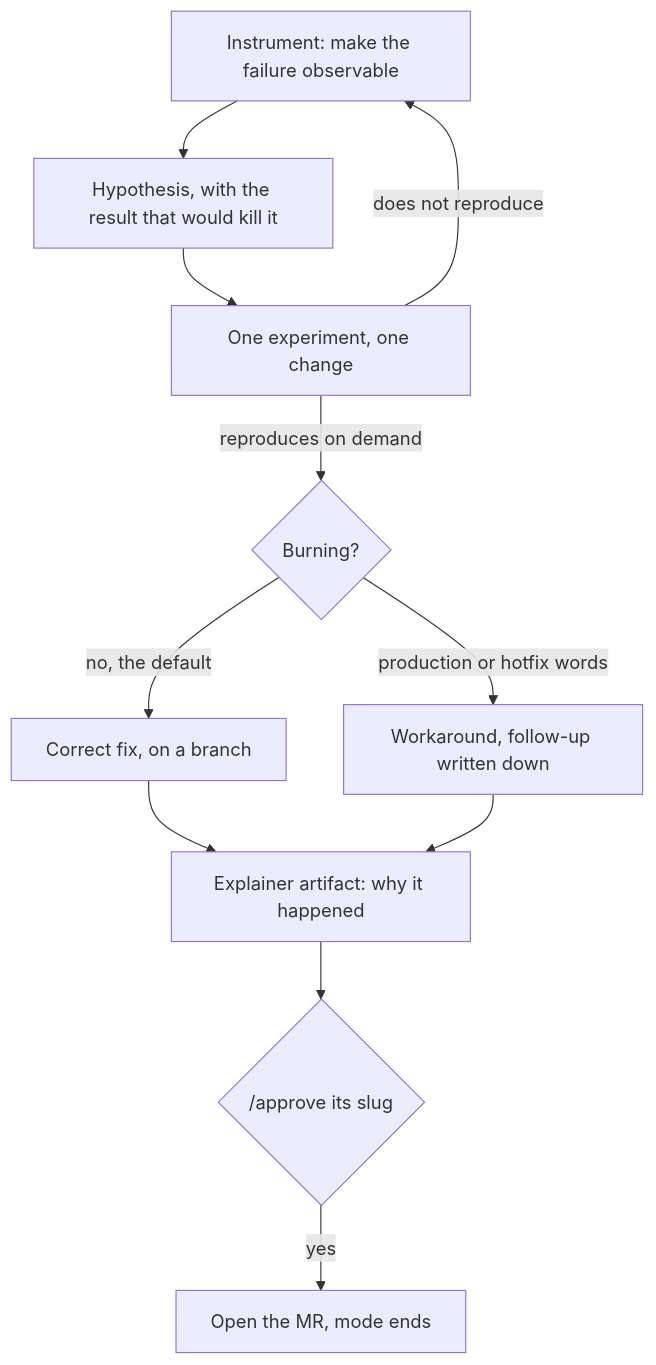
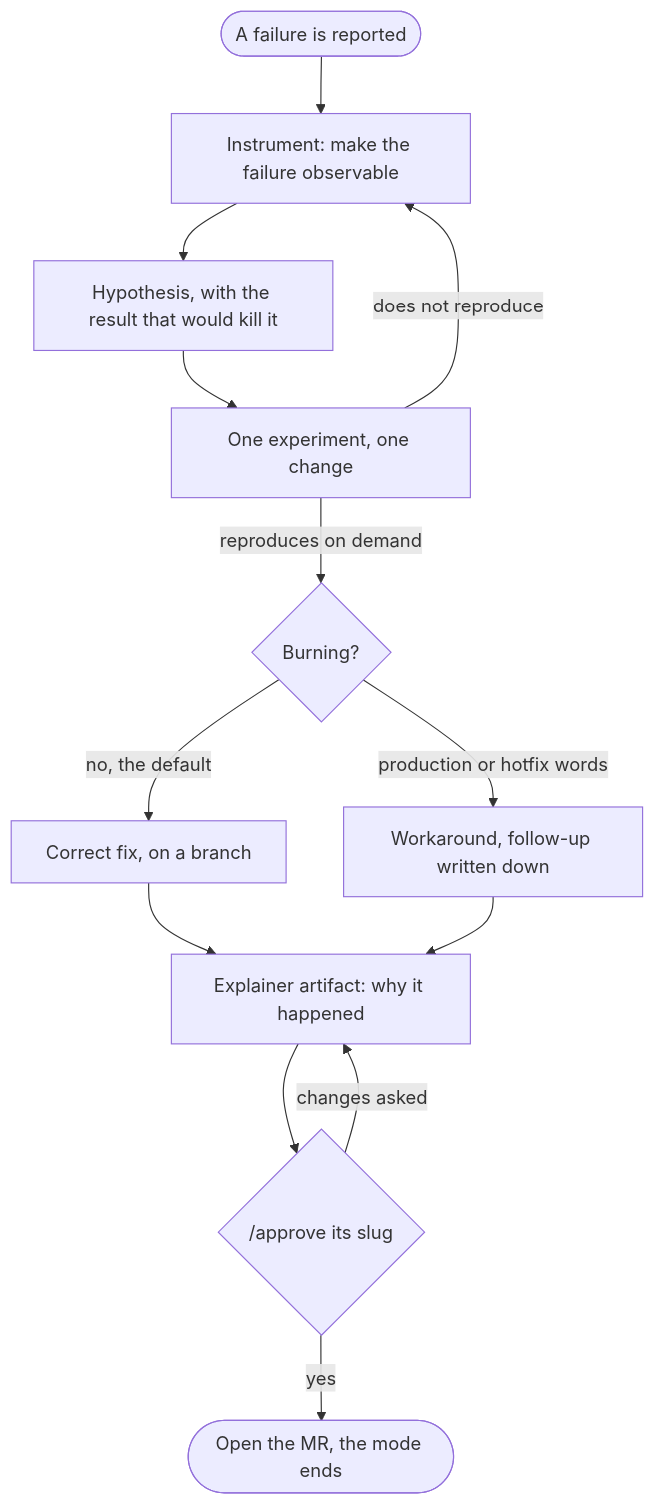
Before and after one commit to EthanITA/Mode: the diagram in skills/mode/modes/debug.md, drawn with Mermaid. The commit also changed other lines of this file and 17 other files, not shown here.

Commit message:
docs(modes): every diagram opens on its trigger, draws its loops and marks its exits

````diff
--- a/skills/mode/modes/debug.md
+++ b/skills/mode/modes/debug.md
@@ -19,13 +19,15 @@
 ```mermaid
 flowchart TD
-    V[Instrument: make the failure observable] --> H[Hypothesis, with the result that would kill it]
+    R([A failure is reported]) --> V[Instrument: make the failure observable]
+    V --> H[Hypothesis, with the result that would kill it]
     H --> E[One experiment, one change]
     E -- does not reproduce --> V
     E -- reproduces on demand --> F{Burning?}
     F -- no, the default --> C[Correct fix, on a branch]
     F -- production or hotfix words --> W[Workaround, follow-up written down]
     C --> X[Explainer artifact: why it happened]
     W --> X
     X --> A{/approve its slug}
-    A -- yes --> M[Open the MR, mode ends]
+    A -- changes asked --> X
+    A -- yes --> M([Open the MR, the mode ends])
 ```
````
